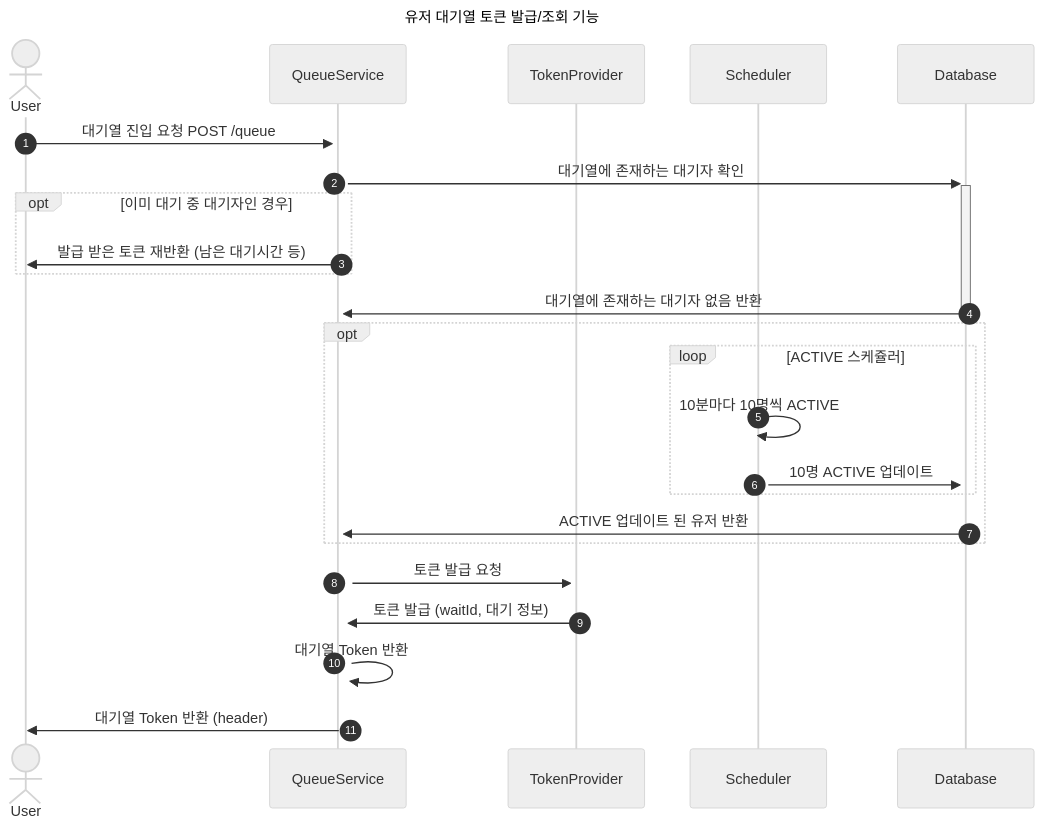
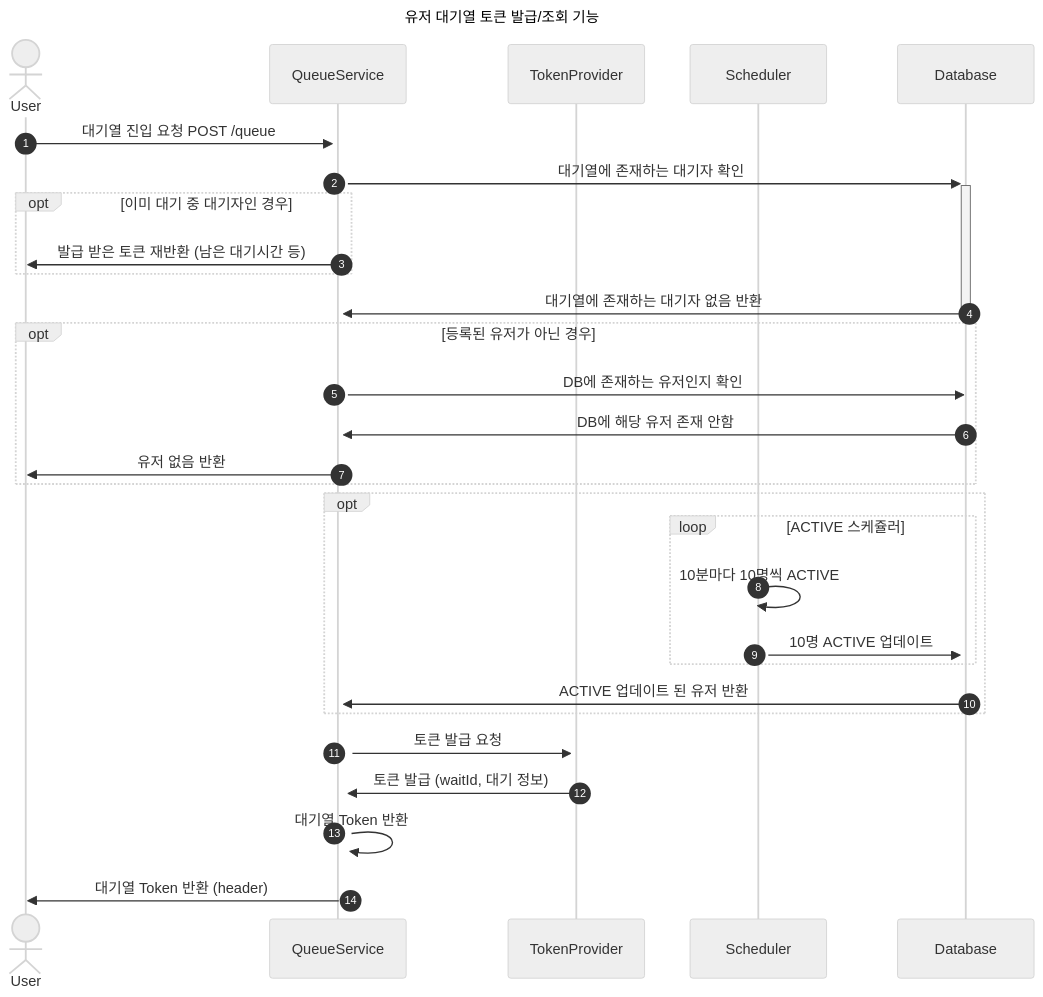
One commit to hpp-backend-15/java-concert-joonhyeokyang changed the diagram in docs/sequence/1.유저-토큰-대기열-기능.md. Above: the diagram before and after it, drawn with Mermaid (neutral theme).

Commit message:
docs: update 유저 존재 여부 검증 로직 추가

````diff
--- a/docs/sequence/1.유저-토큰-대기열-기능.md
+++ b/docs/sequence/1.유저-토큰-대기열-기능.md
@@ -10,27 +10,32 @@
 ```mermaid
 sequenceDiagram
     autonumber
     title 유저 대기열 토큰 발급/조회 기능
     actor u as User
     participant qs as QueueService
     participant tp as TokenProvider
     participant sc as Scheduler
     participant db as Database
     u ->>+ qs: 대기열 진입 요청 POST /queue
     qs ->>+ db: 대기열에 존재하는 대기자 확인
     opt 이미 대기 중 대기자인 경우
         qs ->> u: 발급 받은 토큰 재반환 (남은 대기시간 등)
     end
     db ->>- qs: 대기열에 존재하는 대기자 없음 반환
+    opt 등록된 유저가 아닌 경우
+        qs->>db: DB에 존재하는 유저인지 확인
+        db->>qs: DB에 해당 유저 존재 안함
+        qs->>u: 유저 없음 반환
+    end
     opt
         loop ACTIVE 스케쥴러
             sc ->>+ sc: 10분마다 10명씩 ACTIVE
             sc ->>+ db: 10명 ACTIVE 업데이트
         end
         db ->>+ qs: ACTIVE 업데이트 된 유저 반환
     end
     qs ->>+ tp: 토큰 발급 요청 
     tp ->>+ qs: 토큰 발급 (waitId, 대기 정보)
     qs ->> qs: 대기열 Token 반환
     qs ->> u: 대기열 Token 반환 (header)
 ```
````
